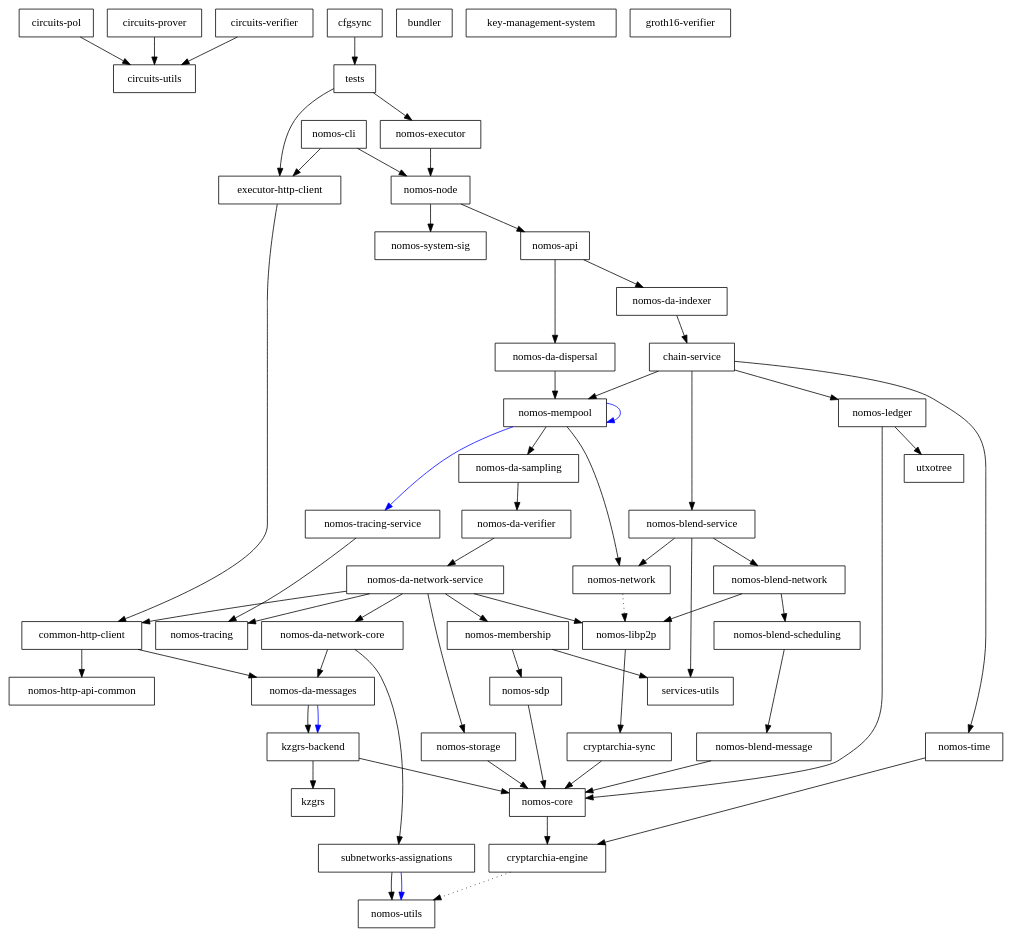
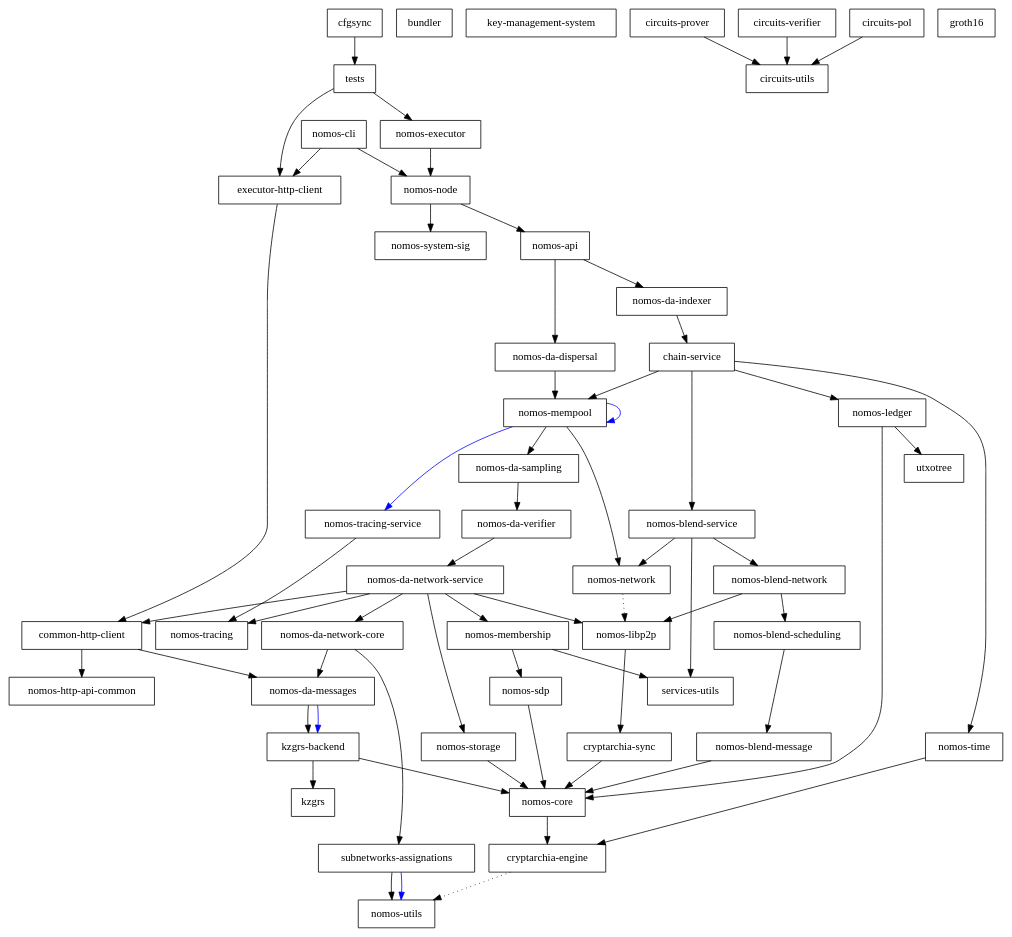
The diagram in dependencies_graph.dot (Astro521/logos-blockchain), drawn with Graphviz before and after one commit. The commit also changed 39 other files, not shown here.

```diff
--- a/dependencies_graph.dot
+++ b/dependencies_graph.dot
@@ -1,112 +1,112 @@
 digraph {
-    0 [ label = "circuits-pol" shape = box]
-    1 [ label = "circuits-utils" shape = box]
-    2 [ label = "circuits-prover" shape = box]
-    3 [ label = "circuits-verifier" shape = box]
-    4 [ label = "cryptarchia-engine" shape = box]
-    5 [ label = "nomos-utils" shape = box]
-    6 [ label = "cryptarchia-sync" shape = box]
-    7 [ label = "nomos-core" shape = box]
-    8 [ label = "nomos-ledger" shape = box]
-    9 [ label = "utxotree" shape = box]
-    10 [ label = "nomos-http-api-common" shape = box]
-    11 [ label = "nomos-executor" shape = box]
-    12 [ label = "kzgrs-backend" shape = box]
-    13 [ label = "kzgrs" shape = box]
-    14 [ label = "nomos-api" shape = box]
-    15 [ label = "chain-service" shape = box]
-    16 [ label = "nomos-blend-service" shape = box]
-    17 [ label = "nomos-blend-message" shape = box]
-    18 [ label = "nomos-blend-network" shape = box]
-    19 [ label = "nomos-blend-scheduling" shape = box]
-    20 [ label = "nomos-libp2p" shape = box]
-    21 [ label = "nomos-network" shape = box]
-    22 [ label = "services-utils" shape = box]
-    23 [ label = "nomos-da-sampling" shape = box]
-    24 [ label = "nomos-da-network-core" shape = box]
-    25 [ label = "nomos-da-messages" shape = box]
-    26 [ label = "subnetworks-assignations" shape = box]
-    27 [ label = "nomos-da-network-service" shape = box]
-    28 [ label = "common-http-client" shape = box]
-    29 [ label = "nomos-membership" shape = box]
-    30 [ label = "nomos-sdp" shape = box]
-    31 [ label = "nomos-storage" shape = box]
-    32 [ label = "nomos-tracing" shape = box]
-    33 [ label = "nomos-da-verifier" shape = box]
-    34 [ label = "nomos-mempool" shape = box]
-    35 [ label = "nomos-tracing-service" shape = box]
-    36 [ label = "nomos-time" shape = box]
-    37 [ label = "nomos-da-dispersal" shape = box]
-    38 [ label = "nomos-da-indexer" shape = box]
-    39 [ label = "nomos-node" shape = box]
-    40 [ label = "nomos-system-sig" shape = box]
-    41 [ label = "executor-http-client" shape = box]
-    42 [ label = "bundler" shape = box]
-    43 [ label = "nomos-cli" shape = box]
-    44 [ label = "key-management-system" shape = box]
-    45 [ label = "cfgsync" shape = box]
-    46 [ label = "tests" shape = box]
-    47 [ label = "groth16-verifier" shape = box]
-    0 -> 1 [ ]
-    2 -> 1 [ ]
-    3 -> 1 [ ]
-    4 -> 5 [ style = dotted]
-    6 -> 7 [ ]
-    7 -> 4 [ ]
-    8 -> 7 [ ]
+    0 [ label = "cryptarchia-engine" shape = box]
+    1 [ label = "nomos-utils" shape = box]
+    2 [ label = "cryptarchia-sync" shape = box]
+    3 [ label = "nomos-core" shape = box]
+    4 [ label = "nomos-ledger" shape = box]
+    5 [ label = "utxotree" shape = box]
+    6 [ label = "nomos-http-api-common" shape = box]
+    7 [ label = "nomos-executor" shape = box]
+    8 [ label = "kzgrs-backend" shape = box]
+    9 [ label = "kzgrs" shape = box]
+    10 [ label = "nomos-api" shape = box]
+    11 [ label = "chain-service" shape = box]
+    12 [ label = "nomos-blend-service" shape = box]
+    13 [ label = "nomos-blend-message" shape = box]
+    14 [ label = "nomos-blend-network" shape = box]
+    15 [ label = "nomos-blend-scheduling" shape = box]
+    16 [ label = "nomos-libp2p" shape = box]
+    17 [ label = "nomos-network" shape = box]
+    18 [ label = "services-utils" shape = box]
+    19 [ label = "nomos-da-sampling" shape = box]
+    20 [ label = "nomos-da-network-core" shape = box]
+    21 [ label = "nomos-da-messages" shape = box]
+    22 [ label = "subnetworks-assignations" shape = box]
+    23 [ label = "nomos-da-network-service" shape = box]
+    24 [ label = "common-http-client" shape = box]
+    25 [ label = "nomos-membership" shape = box]
+    26 [ label = "nomos-sdp" shape = box]
+    27 [ label = "nomos-storage" shape = box]
+    28 [ label = "nomos-tracing" shape = box]
+    29 [ label = "nomos-da-verifier" shape = box]
+    30 [ label = "nomos-mempool" shape = box]
+    31 [ label = "nomos-tracing-service" shape = box]
+    32 [ label = "nomos-time" shape = box]
+    33 [ label = "nomos-da-dispersal" shape = box]
+    34 [ label = "nomos-da-indexer" shape = box]
+    35 [ label = "nomos-node" shape = box]
+    36 [ label = "nomos-system-sig" shape = box]
+    37 [ label = "executor-http-client" shape = box]
+    38 [ label = "bundler" shape = box]
+    39 [ label = "nomos-cli" shape = box]
+    40 [ label = "key-management-system" shape = box]
+    41 [ label = "cfgsync" shape = box]
+    42 [ label = "tests" shape = box]
+    43 [ label = "circuits-prover" shape = box]
+    44 [ label = "circuits-utils" shape = box]
+    45 [ label = "circuits-verifier" shape = box]
+    46 [ label = "groth16" shape = box]
+    47 [ label = "circuits-pol" shape = box]
+    0 -> 1 [ style = dotted]
+    2 -> 3 [ ]
+    3 -> 0 [ ]
+    4 -> 3 [ ]
+    4 -> 5 [ ]
+    7 -> 35 [ ]
     8 -> 9 [ ]
-    11 -> 39 [ ]
-    12 -> 13 [ ]
-    12 -> 7 [ ]
-    14 -> 37 [ ]
-    14 -> 38 [ ]
-    15 -> 16 [ ]
-    15 -> 8 [ ]
-    15 -> 34 [ ]
-    15 -> 36 [ ]
-    16 -> 18 [ ]
-    16 -> 21 [ ]
-    16 -> 22 [ ]
-    17 -> 7 [ ]
-    18 -> 19 [ ]
-    18 -> 20 [ ]
-    19 -> 17 [ ]
-    20 -> 6 [ ]
-    21 -> 20 [ style = dotted]
-    23 -> 33 [ ]
-    24 -> 25 [ ]
-    24 -> 26 [ ]
-    25 -> 12 [ ]
-    25 -> 12 [ color = blue]
-    26 -> 5 [ ]
-    26 -> 5 [ color = blue]
-    27 -> 28 [ ]
-    27 -> 24 [ ]
-    27 -> 20 [ ]
-    27 -> 29 [ ]
-    27 -> 31 [ ]
-    27 -> 32 [ ]
-    28 -> 25 [ ]
-    28 -> 10 [ ]
-    29 -> 30 [ ]
-    29 -> 22 [ ]
-    30 -> 7 [ ]
-    31 -> 7 [ ]
-    33 -> 27 [ ]
-    34 -> 23 [ ]
-    34 -> 34 [ color = blue]
-    34 -> 21 [ ]
-    34 -> 35 [ color = blue]
-    35 -> 32 [ ]
-    36 -> 4 [ ]
-    37 -> 34 [ ]
-    38 -> 15 [ ]
-    39 -> 14 [ ]
-    39 -> 40 [ ]
-    41 -> 28 [ ]
-    43 -> 41 [ ]
-    43 -> 39 [ ]
-    45 -> 46 [ ]
-    46 -> 41 [ ]
-    46 -> 11 [ ]
+    8 -> 3 [ ]
+    10 -> 33 [ ]
+    10 -> 34 [ ]
+    11 -> 12 [ ]
+    11 -> 4 [ ]
+    11 -> 30 [ ]
+    11 -> 32 [ ]
+    12 -> 14 [ ]
+    12 -> 17 [ ]
+    12 -> 18 [ ]
+    13 -> 3 [ ]
+    14 -> 15 [ ]
+    14 -> 16 [ ]
+    15 -> 13 [ ]
+    16 -> 2 [ ]
+    17 -> 16 [ style = dotted]
+    19 -> 29 [ ]
+    20 -> 21 [ ]
+    20 -> 22 [ ]
+    21 -> 8 [ ]
+    21 -> 8 [ color = blue]
+    22 -> 1 [ ]
+    22 -> 1 [ color = blue]
+    23 -> 24 [ ]
+    23 -> 20 [ ]
+    23 -> 16 [ ]
+    23 -> 25 [ ]
+    23 -> 27 [ ]
+    23 -> 28 [ ]
+    24 -> 21 [ ]
+    24 -> 6 [ ]
+    25 -> 26 [ ]
+    25 -> 18 [ ]
+    26 -> 3 [ ]
+    27 -> 3 [ ]
+    29 -> 23 [ ]
+    30 -> 19 [ ]
+    30 -> 30 [ color = blue]
+    30 -> 17 [ ]
+    30 -> 31 [ color = blue]
+    31 -> 28 [ ]
+    32 -> 0 [ ]
+    33 -> 30 [ ]
+    34 -> 11 [ ]
+    35 -> 10 [ ]
+    35 -> 36 [ ]
+    37 -> 24 [ ]
+    39 -> 37 [ ]
+    39 -> 35 [ ]
+    41 -> 42 [ ]
+    42 -> 37 [ ]
+    42 -> 7 [ ]
+    43 -> 44 [ ]
+    45 -> 44 [ ]
+    47 -> 44 [ ]
 }
```
